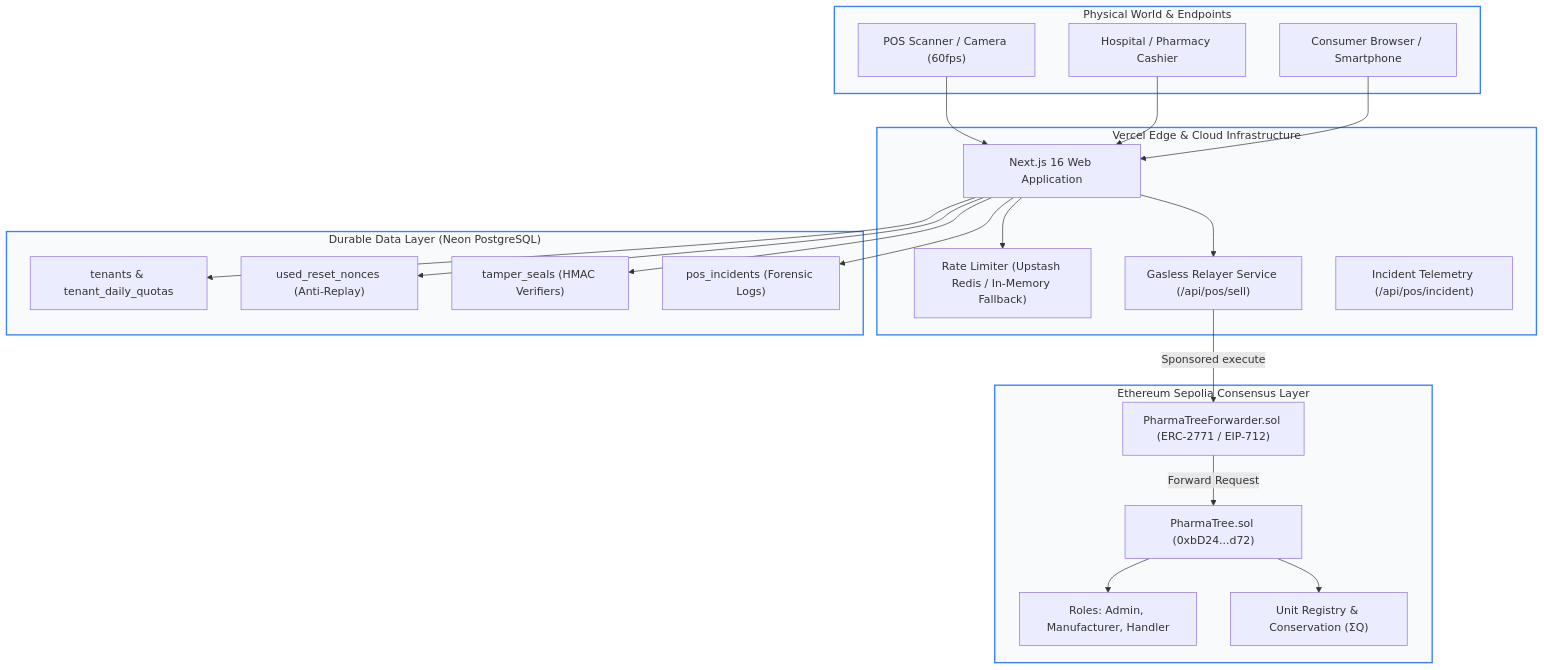
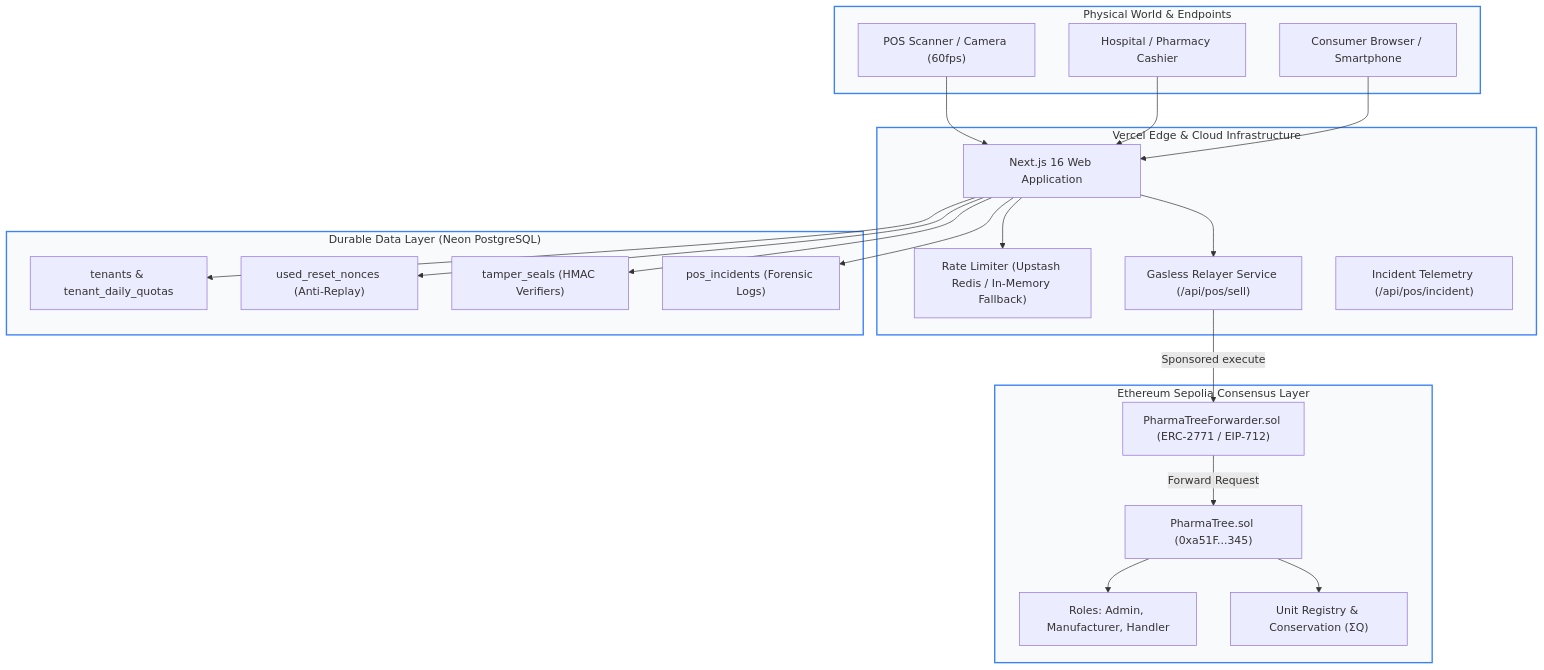
One commit to ayonm95/pharmatree changed the diagram in README.md. Above: the diagram before and after it, drawn with Mermaid. The commit also changed other lines of this file and 29 other files, not shown here.

````diff
--- a/README.md
+++ b/README.md
@@ -36,41 +36,41 @@
 ```mermaid
 flowchart TD
     subgraph Clients["Physical World & Endpoints"]
         Scanner["POS Scanner / Camera (60fps)"]
         Consumer["Consumer Browser / Smartphone"]
         Pharmacist["Hospital / Pharmacy Cashier"]
     end
 
     subgraph Edge["Vercel Edge & Cloud Infrastructure"]
         NextApp["Next.js 16 Web Application"]
         RateLimit["Rate Limiter (Upstash Redis / In-Memory Fallback)"]
         Relayer["Gasless Relayer Service (/api/pos/sell)"]
         IncidentLogger["Incident Telemetry (/api/pos/incident)"]
     end
 
     subgraph State["Durable Data Layer (Neon PostgreSQL)"]
         Tenants["tenants & tenant_daily_quotas"]
         UsedNonces["used_reset_nonces (Anti-Replay)"]
         Seals["tamper_seals (HMAC Verifiers)"]
         Incidents["pos_incidents (Forensic Logs)"]
     end
 
     subgraph Blockchain["Ethereum Sepolia Consensus Layer"]
         Forwarder["PharmaTreeForwarder.sol (ERC-2771 / EIP-712)"]
-        Contract["PharmaTree.sol (0xbD24...d72)"]
+        Contract["PharmaTree.sol (0xa51F...345)"]
         RBAC["Roles: Admin, Manufacturer, Handler"]
         Ledger["Unit Registry & Conservation (ΣQ)"]
     end
 
     Scanner & Pharmacist --> NextApp
     Consumer --> NextApp
     NextApp --> RateLimit
     NextApp --> Tenants & UsedNonces & Seals & Incidents
     NextApp --> Relayer
     Relayer -->|Sponsored execute| Forwarder
     Forwarder -->|Forward Request| Contract
     Contract --> RBAC & Ledger
 
     classDef trustBoundary fill:#f8fafc,stroke:#3b82f6,stroke-width:2px;
     class Blockchain,State,Edge,Clients trustBoundary;
 ```
````
